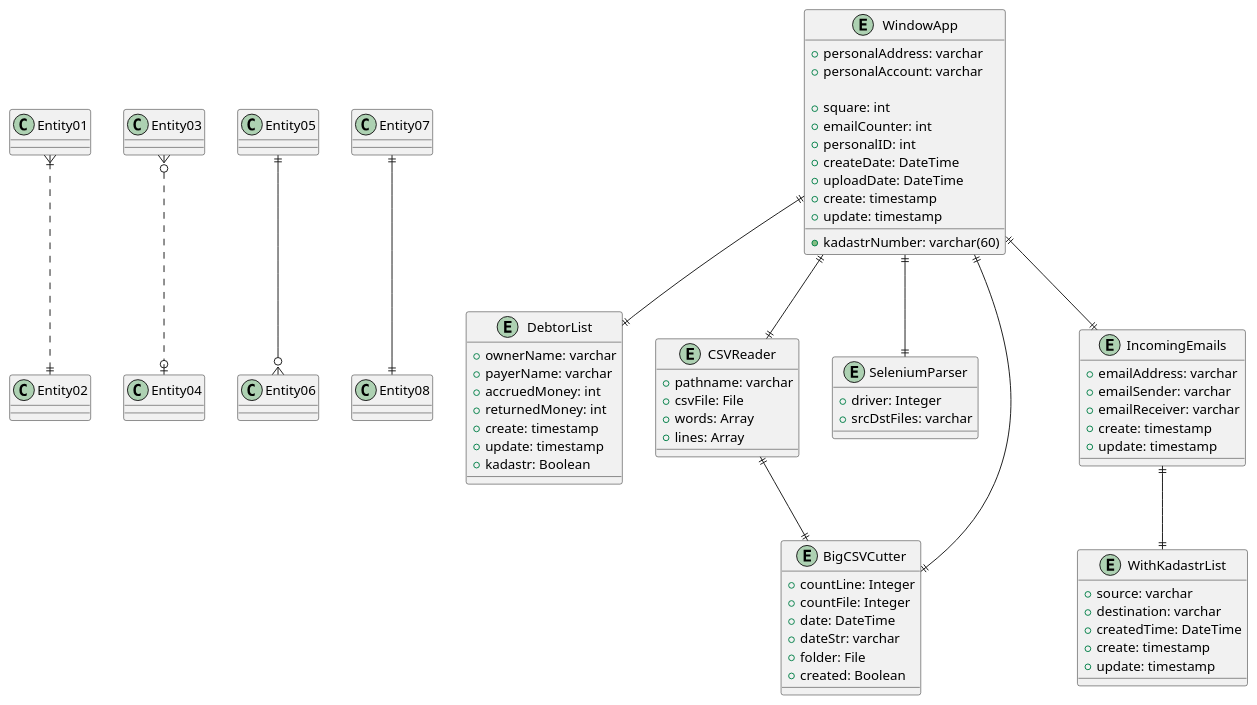
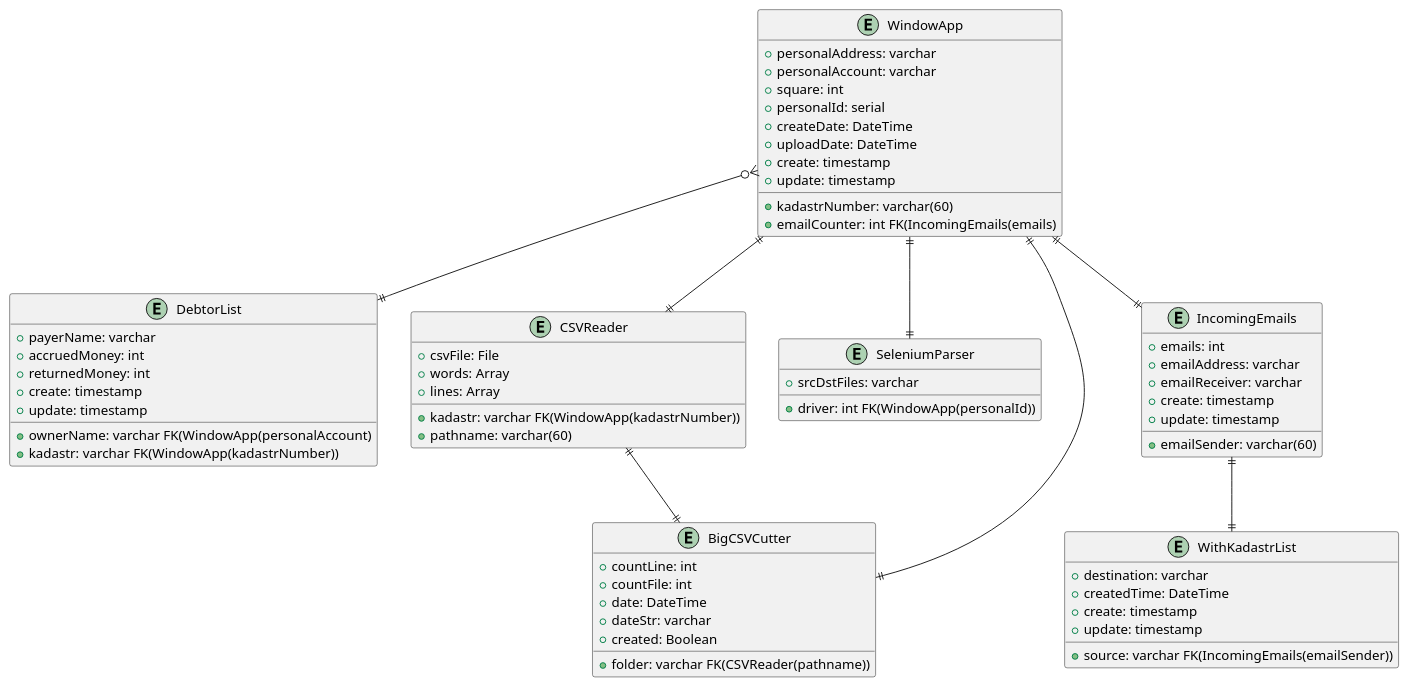
The diagram in src/БД.puml (ValDuo/MultiParser), drawn with PlantUML before and after one commit.

Commit message:
added uml diagrams

```diff
--- a/src/БД.puml
+++ b/src/БД.puml
@@ -1,70 +1,67 @@
 @startuml
-Entity01 }|..|| Entity02
-Entity03 }o..o| Entity04
-Entity05 ||--o{ Entity06
-Entity07 ||--|| Entity08
 
 entity WindowApp {
     + kadastrNumber: varchar(60)
     + personalAddress: varchar
     + personalAccount: varchar
-
     + square: int
-    + emailCounter: int
-    + personalID: int
+    + emailCounter: int FK(IncomingEmails(emails)
+    + personalId: serial
     + createDate: DateTime
     + uploadDate: DateTime
     + create: timestamp
     + update: timestamp
 }
 entity DebtorList{
-    + ownerName: varchar
+    + ownerName: varchar FK(WindowApp(personalAccount)
     + payerName: varchar
     + accruedMoney: int
     + returnedMoney: int
     + create: timestamp
     + update: timestamp
-    + kadastr: Boolean
+    + kadastr: varchar FK(WindowApp(kadastrNumber))
 
 }
 entity CSVReader{
-    + pathname: varchar
++ kadastr: varchar FK(WindowApp(kadastrNumber))
+    + pathname: varchar(60)
     + csvFile: File
     + words: Array
     + lines: Array
 }
 entity SeleniumParser{
-   + driver: Integer
+   + driver: int FK(WindowApp(personalId))
    + srcDstFiles: varchar
 }
 entity IncomingEmails{
+    + emails: int
     +  emailAddress: varchar
-    +  emailSender: varchar
+    +  emailSender: varchar(60)
     +  emailReceiver: varchar
     + create: timestamp
     + update: timestamp
 }
 entity BigCSVCutter{
-   +  countLine: Integer
-   +  countFile: Integer
+   +  countLine: int
+   +  countFile: int
    +  date: DateTime
    +  dateStr: varchar
-   +  folder: File
+   +  folder: varchar FK(CSVReader(pathname))
    +  created: Boolean
 }
 entity WithKadastrList{
-   +  source: varchar
+   +  source: varchar FK(IncomingEmails(emailSender))
    + destination: varchar
     +  createdTime: DateTime
     + create: timestamp
     + update: timestamp
 }
 
 WindowApp ||--|| SeleniumParser
 WindowApp ||--|| CSVReader
-WindowApp ||--|| DebtorList
+WindowApp }o--|| DebtorList
 WindowApp ||--|| IncomingEmails
 WindowApp ||--|| BigCSVCutter
 CSVReader ||--|| BigCSVCutter
 IncomingEmails ||--|| WithKadastrList
 @enduml
```
